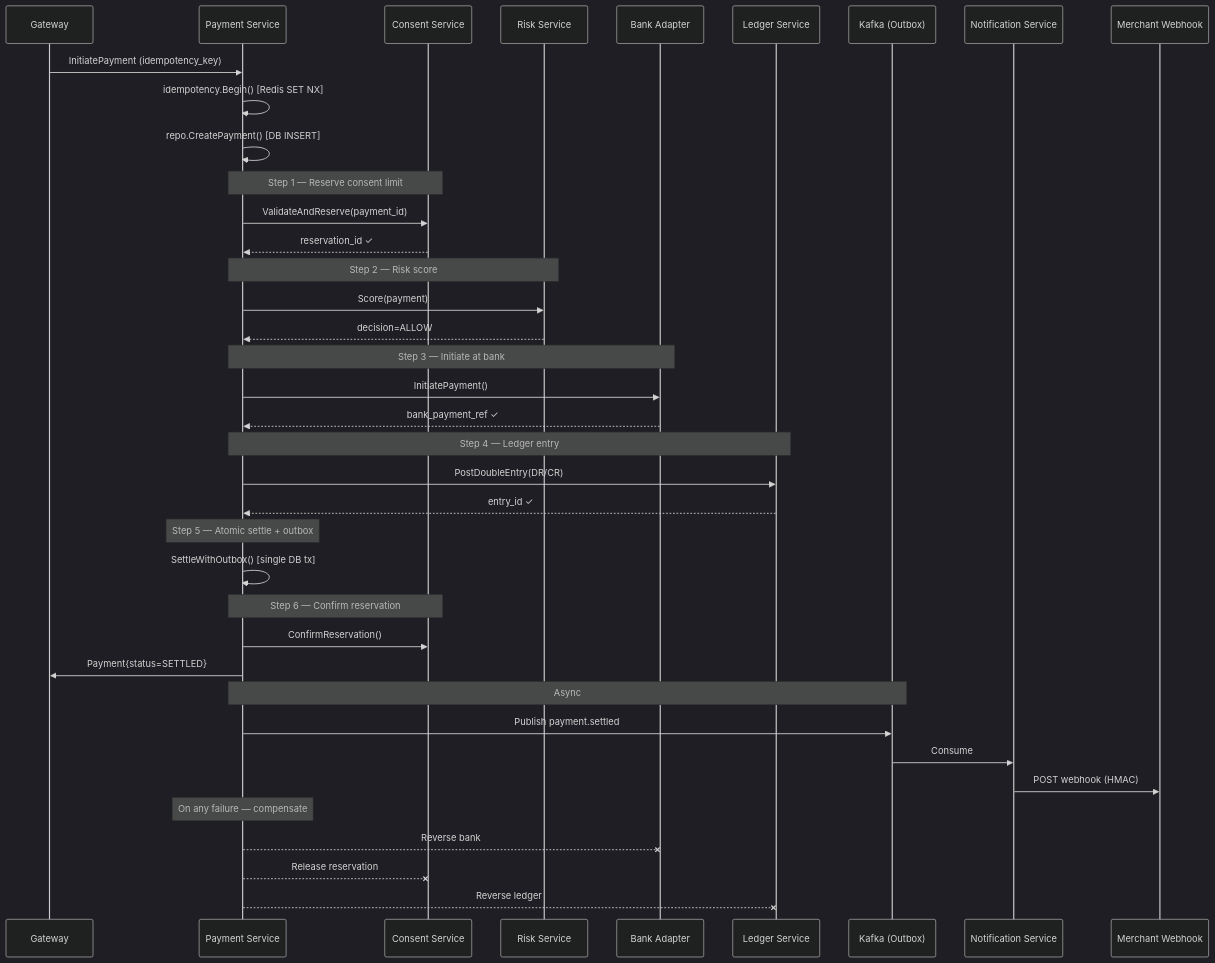
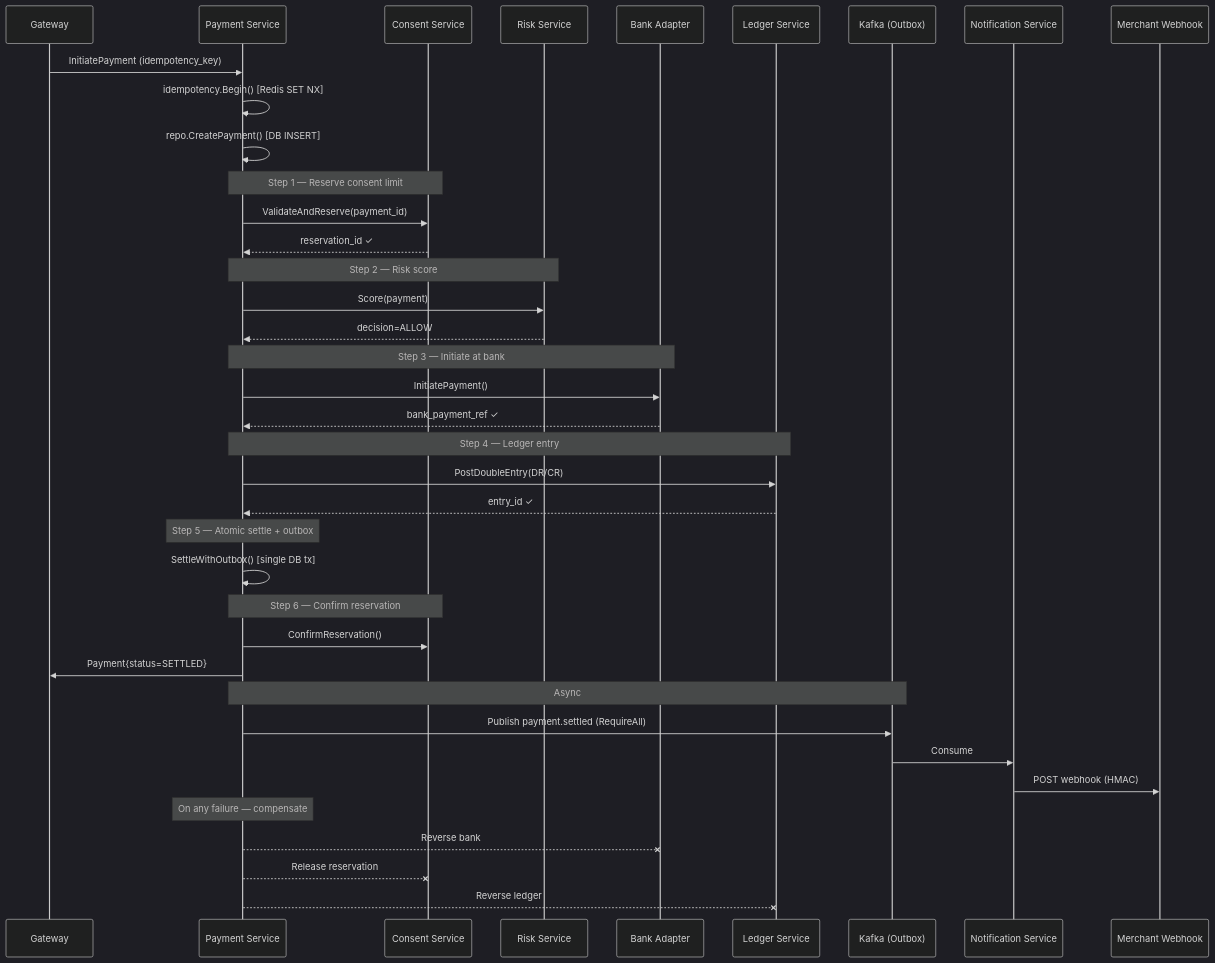
Before and after one commit to netologist/vrp-oneclick-deposit-platform: the second of 2 diagrams in blog-vrp-go-microservices-EN.md, drawn with Mermaid (dark theme). The commit also changed other lines of this file and 2 other files, not shown here.

First line of the commit message:
docs(readme): add full C4 diagrams, sequence workflows, and update technical blog posts

````diff
--- a/blog-vrp-go-microservices-EN.md
+++ b/blog-vrp-go-microservices-EN.md
@@ -226,50 +224,50 @@
 ```mermaid
 sequenceDiagram
     participant GW as Gateway
     participant PS as Payment Service
     participant CS as Consent Service
     participant RS as Risk Service
     participant BA as Bank Adapter
     participant LS as Ledger Service
     participant KF as Kafka (Outbox)
     participant NS as Notification Service
     participant MR as Merchant Webhook
 
     GW->>PS: InitiatePayment (idempotency_key)
     PS->>PS: idempotency.Begin() [Redis SET NX]
     PS->>PS: repo.CreatePayment() [DB INSERT]
 
     Note over PS,CS: Step 1 — Reserve consent limit
     PS->>CS: ValidateAndReserve(payment_id)
     CS-->>PS: reservation_id ✓
 
     Note over PS,RS: Step 2 — Risk score
     PS->>RS: Score(payment)
     RS-->>PS: decision=ALLOW
 
     Note over PS,BA: Step 3 — Initiate at bank
     PS->>BA: InitiatePayment()
     BA-->>PS: bank_payment_ref ✓
 
     Note over PS,LS: Step 4 — Ledger entry
     PS->>LS: PostDoubleEntry(DR/CR)
     LS-->>PS: entry_id ✓
 
     Note over PS: Step 5 — Atomic settle + outbox
     PS->>PS: SettleWithOutbox() [single DB tx]
 
     Note over PS,CS: Step 6 — Confirm reservation
     PS->>CS: ConfirmReservation()
 
     PS->>GW: Payment{status=SETTLED}
 
     Note over PS,KF: Async
-    PS->>KF: Publish payment.settled
+    PS->>KF: Publish payment.settled (RequireAll)
     KF->>NS: Consume
     NS->>MR: POST webhook (HMAC)
 
     Note over PS: On any failure — compensate
     PS--xBA: Reverse bank
     PS--xCS: Release reservation
     PS--xLS: Reverse ledger
 ```
````
